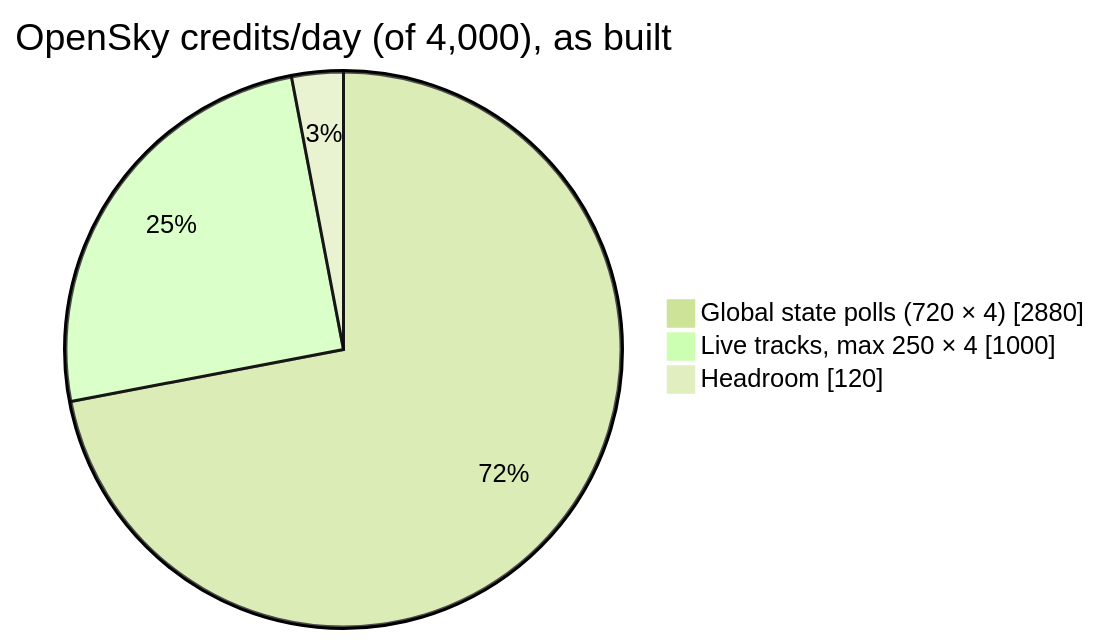
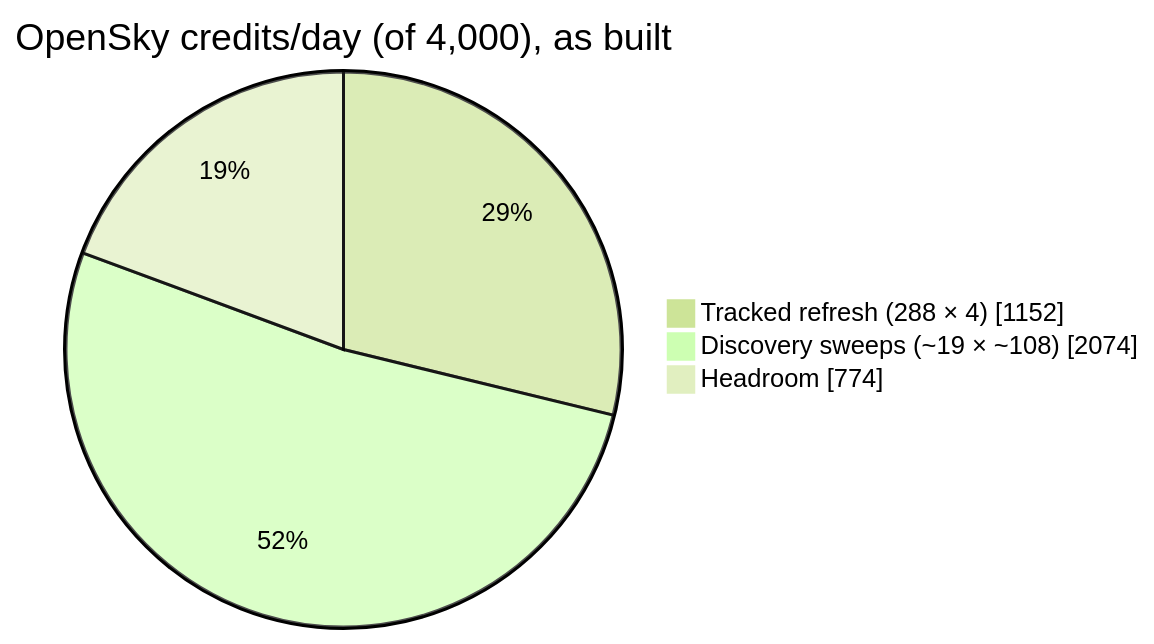
The second of 5 diagrams in docs/PLAN.md (brandonIsTall/flightflux), drawn with Mermaid (forest theme) before and after one commit. The commit also changed other lines of this file and 12 other files, not shown here.

````diff
--- a/docs/PLAN.md
+++ b/docs/PLAN.md
@@ -121,7 +127,7 @@
 ```mermaid
 pie showData
   title OpenSky credits/day (of 4,000), as built
-  "Global state polls (720 × 4)" : 2880
-  "Live tracks, max 250 × 4" : 1000
-  "Headroom" : 120
+  "Tracked refresh (288 × 4)" : 1152
+  "Discovery sweeps (~19 × ~108)" : 2074
+  "Headroom" : 774
 ```
````
